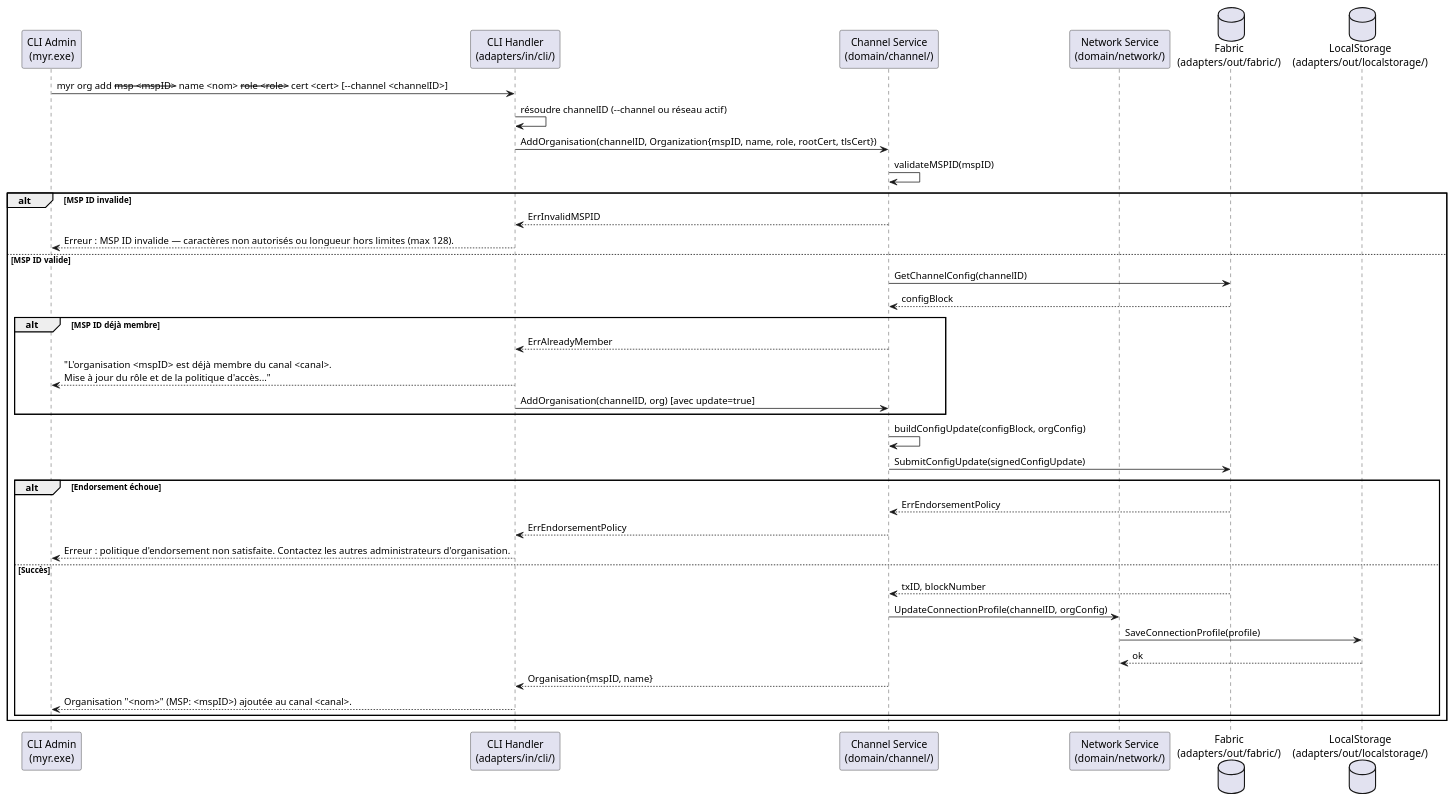
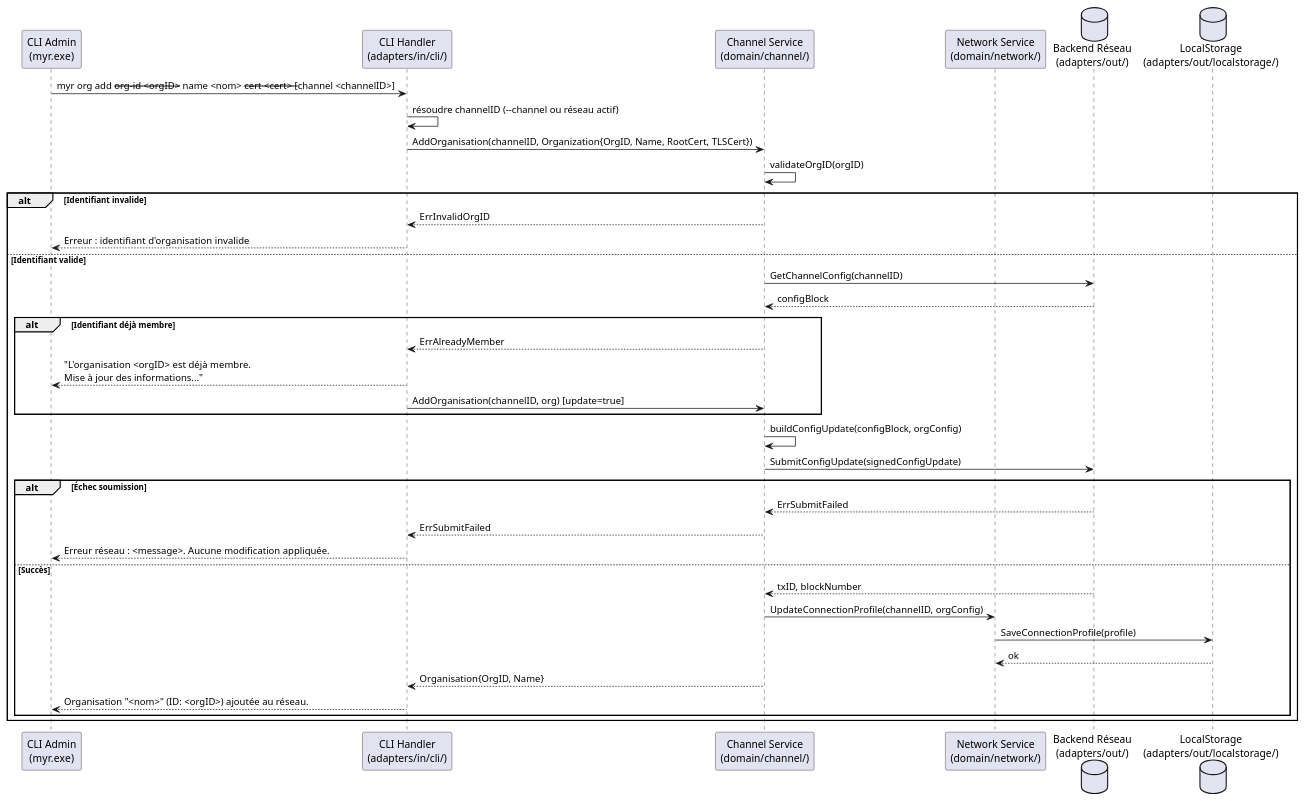
One commit to olivaux/myr changed the second of 2 diagrams in specs/2-Analyse/UCADM-Administration/UCADM01.md. Above: the diagram before and after it, drawn with PlantUML. The commit also changed other lines of this file and 12 other files, not shown here.

````diff
--- a/specs/2-Analyse/UCADM-Administration/UCADM01.md
+++ b/specs/2-Analyse/UCADM-Administration/UCADM01.md
@@ -96,46 +99,46 @@
 ```plantuml
 @startuml
 participant "CLI Admin\n(myr.exe)" as CLI
 participant "CLI Handler\n(adapters/in/cli/)" as CLIHandler
 participant "Channel Service\n(domain/channel/)" as ChanSvc
 participant "Network Service\n(domain/network/)" as NetSvc
-database "Fabric\n(adapters/out/fabric/)" as Fabric
+database "Backend Réseau\n(adapters/out/)" as Backend
 database "LocalStorage\n(adapters/out/localstorage/)" as Local
 
-CLI -> CLIHandler : myr org add --msp <mspID> --name <nom> --role <role> --cert <cert> [--channel <channelID>]
+CLI -> CLIHandler : myr org add --org-id <orgID> --name <nom> --cert <cert> [--channel <channelID>]
 CLIHandler -> CLIHandler : résoudre channelID (--channel ou réseau actif)
-CLIHandler -> ChanSvc : AddOrganisation(channelID, Organization{mspID, name, role, rootCert, tlsCert})
+CLIHandler -> ChanSvc : AddOrganisation(channelID, Organization{OrgID, Name, RootCert, TLSCert})
 
-ChanSvc -> ChanSvc : validateMSPID(mspID)
-alt MSP ID invalide
-    ChanSvc --> CLIHandler : ErrInvalidMSPID
-    CLIHandler --> CLI : Erreur : MSP ID invalide — caractères non autorisés ou longueur hors limites (max 128).
-else MSP ID valide
-    ChanSvc -> Fabric : GetChannelConfig(channelID)
-    Fabric --> ChanSvc : configBlock
+ChanSvc -> ChanSvc : validateOrgID(orgID)
+alt Identifiant invalide
+    ChanSvc --> CLIHandler : ErrInvalidOrgID
+    CLIHandler --> CLI : Erreur : identifiant d'organisation invalide
+else Identifiant valide
+    ChanSvc -> Backend : GetChannelConfig(channelID)
+    Backend --> ChanSvc : configBlock
 
-    alt MSP ID déjà membre
+    alt Identifiant déjà membre
         ChanSvc --> CLIHandler : ErrAlreadyMember
-        CLIHandler --> CLI : "L'organisation <mspID> est déjà membre du canal <canal>.\nMise à jour du rôle et de la politique d'accès..."
-        CLIHandler -> ChanSvc : AddOrganisation(channelID, org) [avec update=true]
+        CLIHandler --> CLI : "L'organisation <orgID> est déjà membre.\nMise à jour des informations..."
+        CLIHandler -> ChanSvc : AddOrganisation(channelID, org) [update=true]
     end
 
     ChanSvc -> ChanSvc : buildConfigUpdate(configBlock, orgConfig)
-    ChanSvc -> Fabric : SubmitConfigUpdate(signedConfigUpdate)
+    ChanSvc -> Backend : SubmitConfigUpdate(signedConfigUpdate)
 
-    alt Endorsement échoue
-        Fabric --> ChanSvc : ErrEndorsementPolicy
-        ChanSvc --> CLIHandler : ErrEndorsementPolicy
-        CLIHandler --> CLI : Erreur : politique d'endorsement non satisfaite. Contactez les autres administrateurs d'organisation.
+    alt Échec soumission
+        Backend --> ChanSvc : ErrSubmitFailed
+        ChanSvc --> CLIHandler : ErrSubmitFailed
+        CLIHandler --> CLI : Erreur réseau : <message>. Aucune modification appliquée.
     else Succès
-        Fabric --> ChanSvc : txID, blockNumber
+        Backend --> ChanSvc : txID, blockNumber
         ChanSvc -> NetSvc : UpdateConnectionProfile(channelID, orgConfig)
         NetSvc -> Local : SaveConnectionProfile(profile)
         Local --> NetSvc : ok
-        ChanSvc --> CLIHandler : Organisation{mspID, name}
-        CLIHandler --> CLI : Organisation "<nom>" (MSP: <mspID>) ajoutée au canal <canal>.
+        ChanSvc --> CLIHandler : Organisation{OrgID, Name}
+        CLIHandler --> CLI : Organisation "<nom>" (ID: <orgID>) ajoutée au réseau.
     end
 end
 
 @enduml
 ```
````
